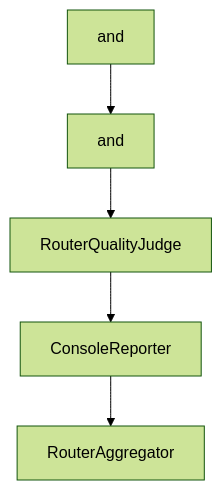
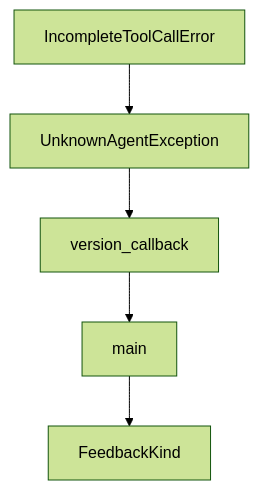
Before and after one commit to johnxie/awesome-code-docs: the diagram in tutorials/shotgun-tutorial/08-production-operations-observability-and-security.md, drawn with Mermaid (forest theme). The commit also changed other lines of this file and 1232 other files, not shown here.

````diff
--- a/tutorials/shotgun-tutorial/08-production-operations-observability-and-security.md
+++ b/tutorials/shotgun-tutorial/08-production-operations-observability-and-security.md
@@ -216,12 +206,12 @@
 ```mermaid
 flowchart TD
-    A[and]
-    B[and]
-    C[RouterQualityJudge]
-    D[ConsoleReporter]
-    E[RouterAggregator]
+    A[IncompleteToolCallError]
+    B[UnknownAgentException]
+    C[version_callback]
+    D[main]
+    E[FeedbackKind]
     A --> B
     B --> C
     C --> D
     D --> E
 ```
````
